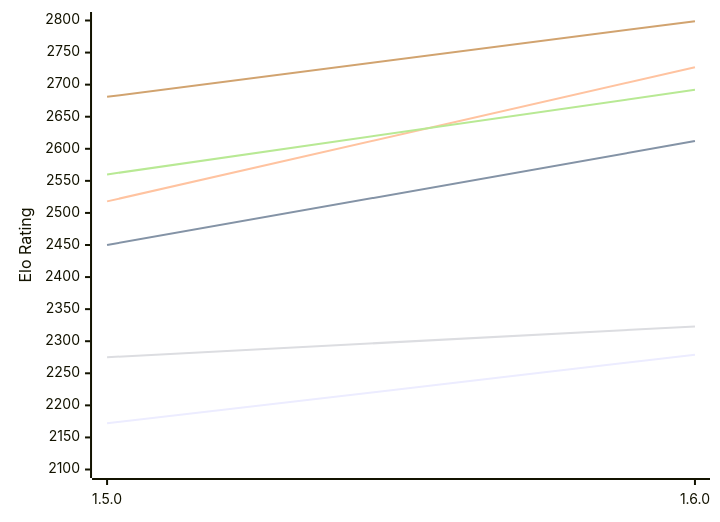
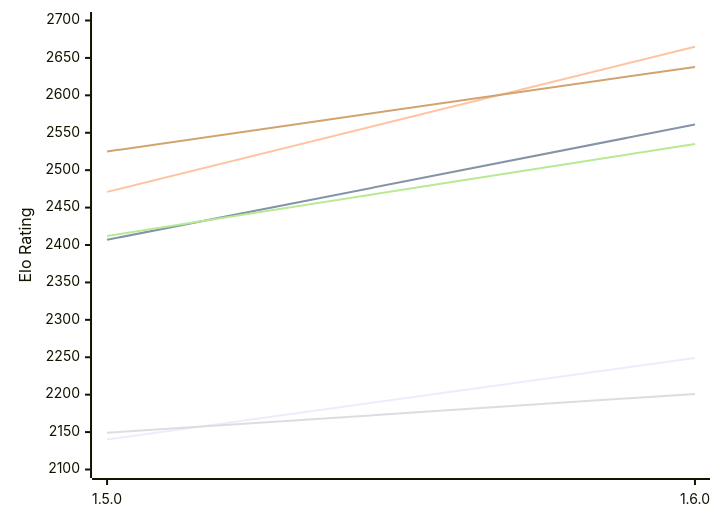
Before and after one commit to computer-chess-index/cci: the first of 2 diagrams in engines/Tofiks.md, drawn with Mermaid. The commit also changed other lines of this file, not shown here.

Commit message:
Update CCI Ratings (ELO VLTC) - 2026-11-13

````diff
--- a/engines/Tofiks.md
+++ b/engines/Tofiks.md
@@ -51,12 +51,12 @@
 ```mermaid
 %%{init: {"theme":"base","themeVariables":{"seriesColors:['#a3a3a3','#222221','#faa371']}}}%%
 xychart-beta
   x-axis ["1.5.0", "1.6.0"]
-  y-axis "Elo Rating" 2100 --> 2800
-  line "E1: STC (8.0+0.08s)" [2172, 2279]
-  line "E1: LTC (60.0+0.60s)" [2450, 2612]
-  line "E1: VLTC (2m24s+1.12s)" [2518, 2727]
-  line "P1: STC (8.0+0.08s)" [2275, 2323]
-  line "P1: LTC (60.0+0.60s)" [2560, 2692]
-  line "P1: VLTC (2m24s+1.12s)" [2681, 2799]
+  y-axis "Elo Rating" 2100 --> 2700
+  line "E1: STC (8.0+0.08s)" [2140, 2249]
+  line "E1: LTC (60.0+0.60s)" [2407, 2561]
+  line "E1: VLTC (2m24s+1.12s)" [2471, 2665]
+  line "P1: STC (8.0+0.08s)" [2149, 2201]
+  line "P1: LTC (60.0+0.60s)" [2412, 2535]
+  line "P1: VLTC (2m24s+1.12s)" [2525, 2638]
 ```
````
